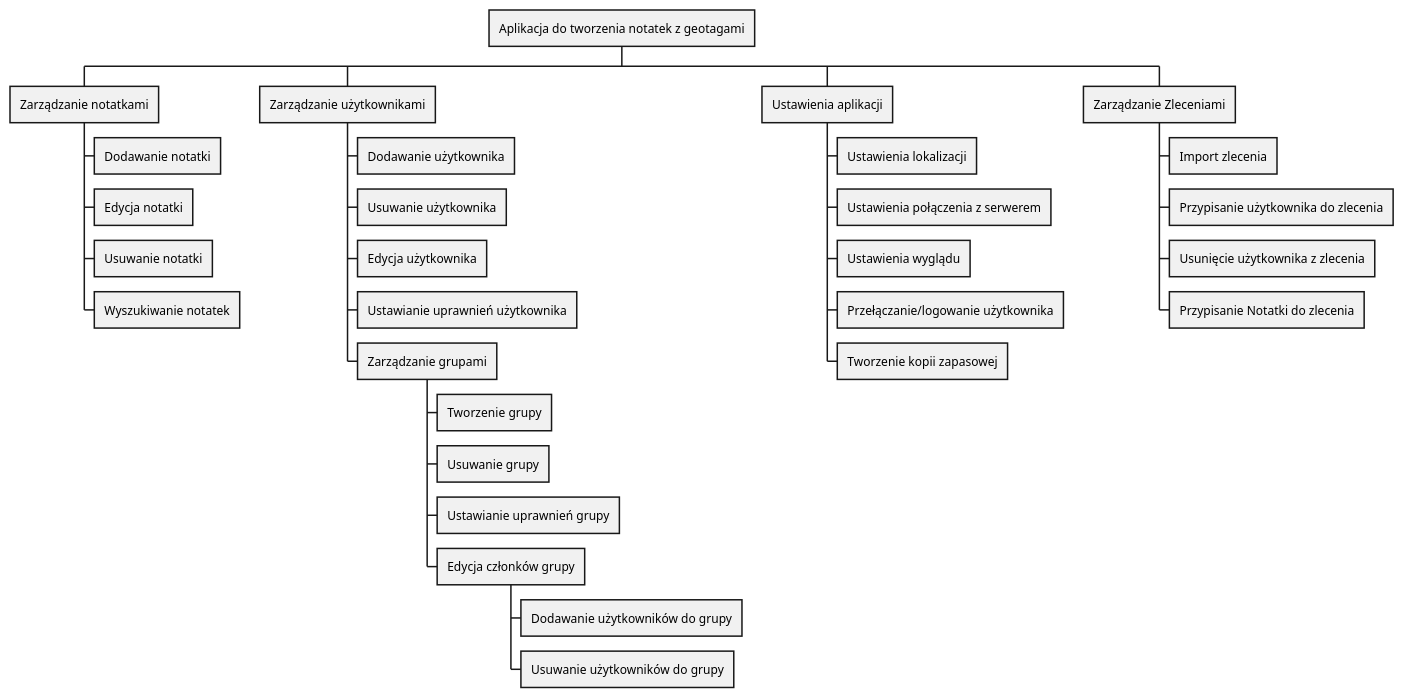
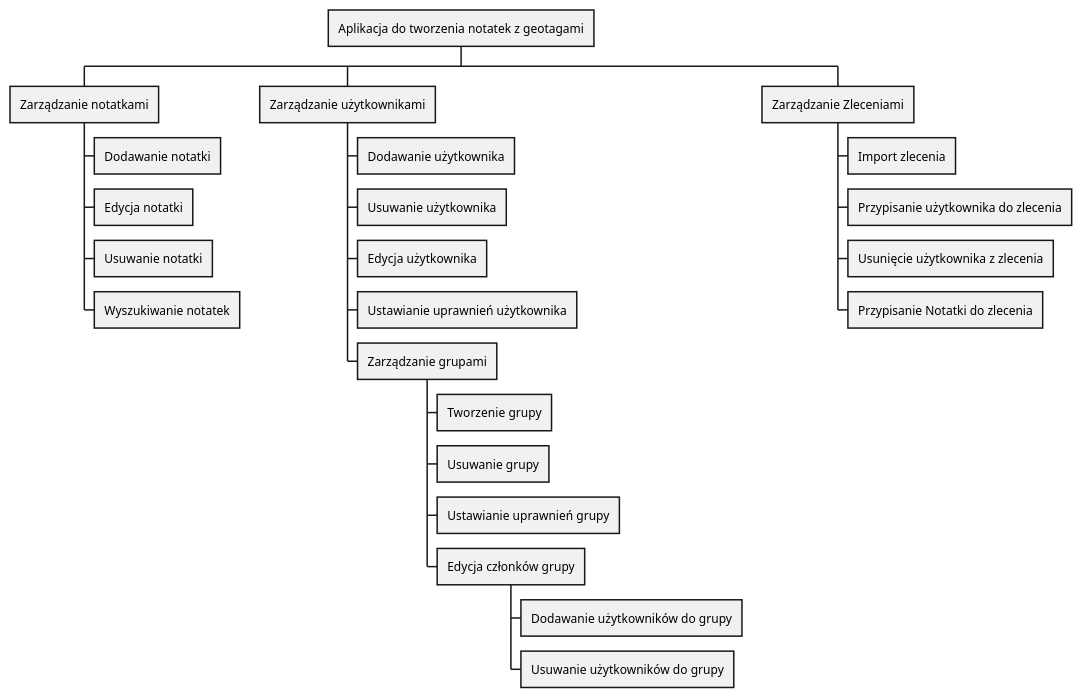
One commit to m-panczyk/gn_plantuml changed the diagram in ghf.puml. Above: the diagram before and after it, drawn with PlantUML.

Commit message:
usunięcie ustawień w hierarchii funkcji

```diff
--- a/ghf.puml
+++ b/ghf.puml
@@ -1,31 +1,25 @@
 @startwbs>
 + Aplikacja do tworzenia notatek z geotagami
 ++ Zarządzanie notatkami
 +++ Dodawanie notatki
 +++ Edycja notatki
 +++ Usuwanie notatki
 +++ Wyszukiwanie notatek
 ++ Zarządzanie użytkownikami
 +++ Dodawanie użytkownika
 +++ Usuwanie użytkownika
 +++ Edycja użytkownika
 +++ Ustawianie uprawnień użytkownika
 +++ Zarządzanie grupami
 ++++ Tworzenie grupy
 ++++ Usuwanie grupy
 ++++ Ustawianie uprawnień grupy
 ++++ Edycja członków grupy
 +++++ Dodawanie użytkowników do grupy
 +++++ Usuwanie użytkowników do grupy
-++ Ustawienia aplikacji
-+++ Ustawienia lokalizacji
-+++ Ustawienia połączenia z serwerem
-+++ Ustawienia wyglądu
-+++ Przełączanie/logowanie użytkownika
-+++ Tworzenie kopii zapasowej
 ++ Zarządzanie Zleceniami
 +++ Import zlecenia
 +++ Przypisanie użytkownika do zlecenia
 +++ Usunięcie użytkownika z zlecenia
 +++ Przypisanie Notatki do zlecenia
 @endwbs>
```
